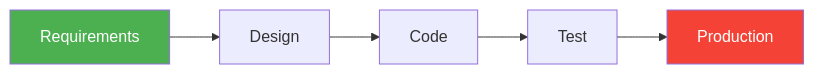
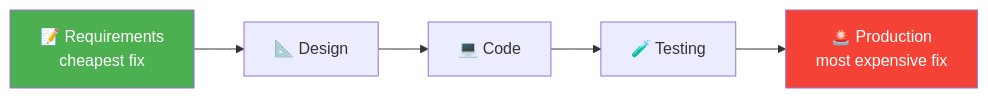
One commit to LeoVesinML/DevSecOps-Intro changed the third of 5 diagrams in lectures/lec1.md. Above: the diagram before and after it, drawn with Mermaid. The commit also changed other lines of this file and 1 other file, not shown here.

````diff
--- a/lectures/lec1.md
+++ b/lectures/lec1.md
@@ -102,6 +113,10 @@
 ```mermaid
 graph LR
-    R["Requirements"] --> D["Design"] --> C["Code"] --> T["Test"] --> P["Production"]
+    R[📝 Requirements<br/>cheapest fix] --> D[📐 Design]
+    D --> C[💻 Code]
+    C --> T[🧪 Testing]
+    T --> P[🚨 Production<br/>most expensive fix]
+
     style R fill:#4CAF50,color:#fff
     style P fill:#F44336,color:#fff
 ```
````
